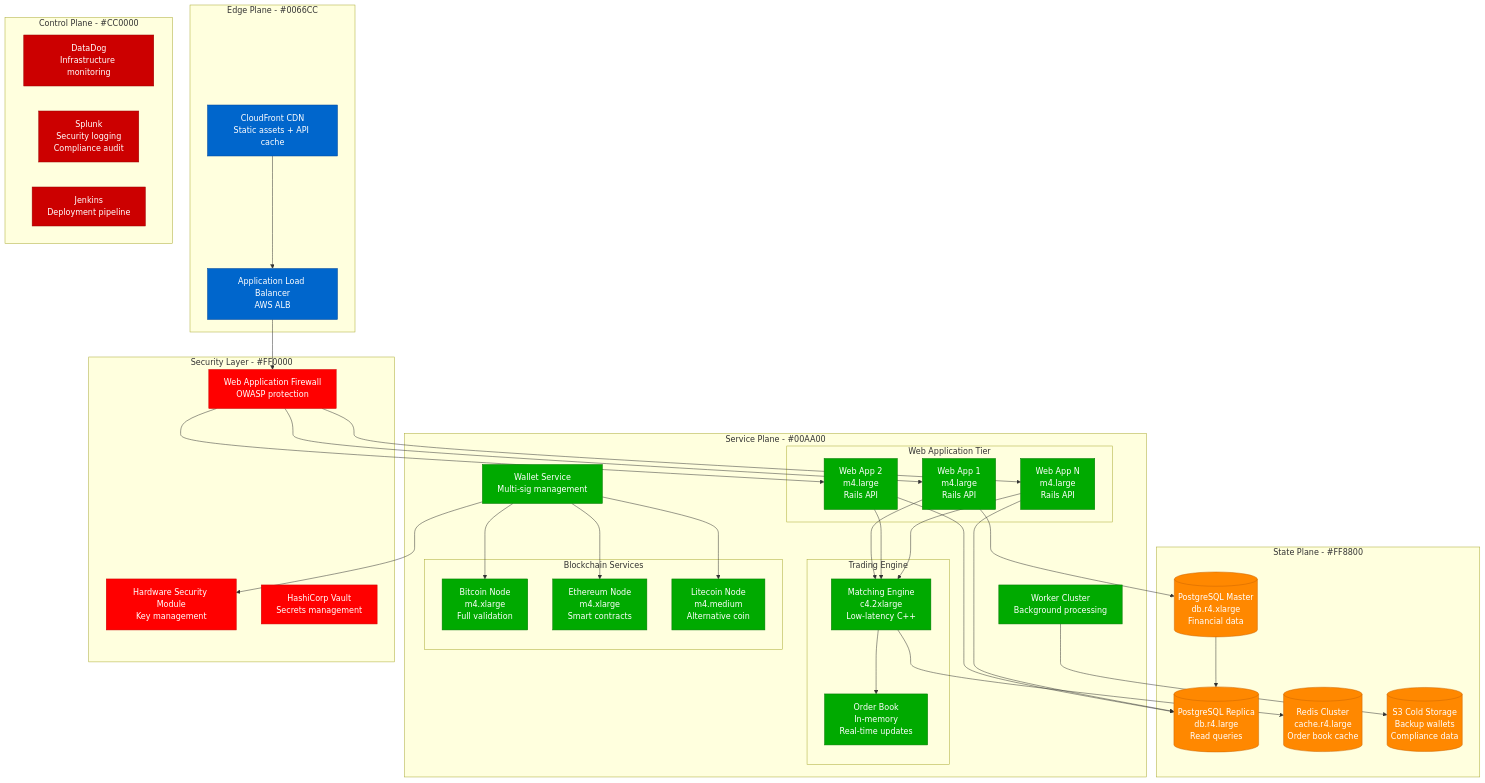
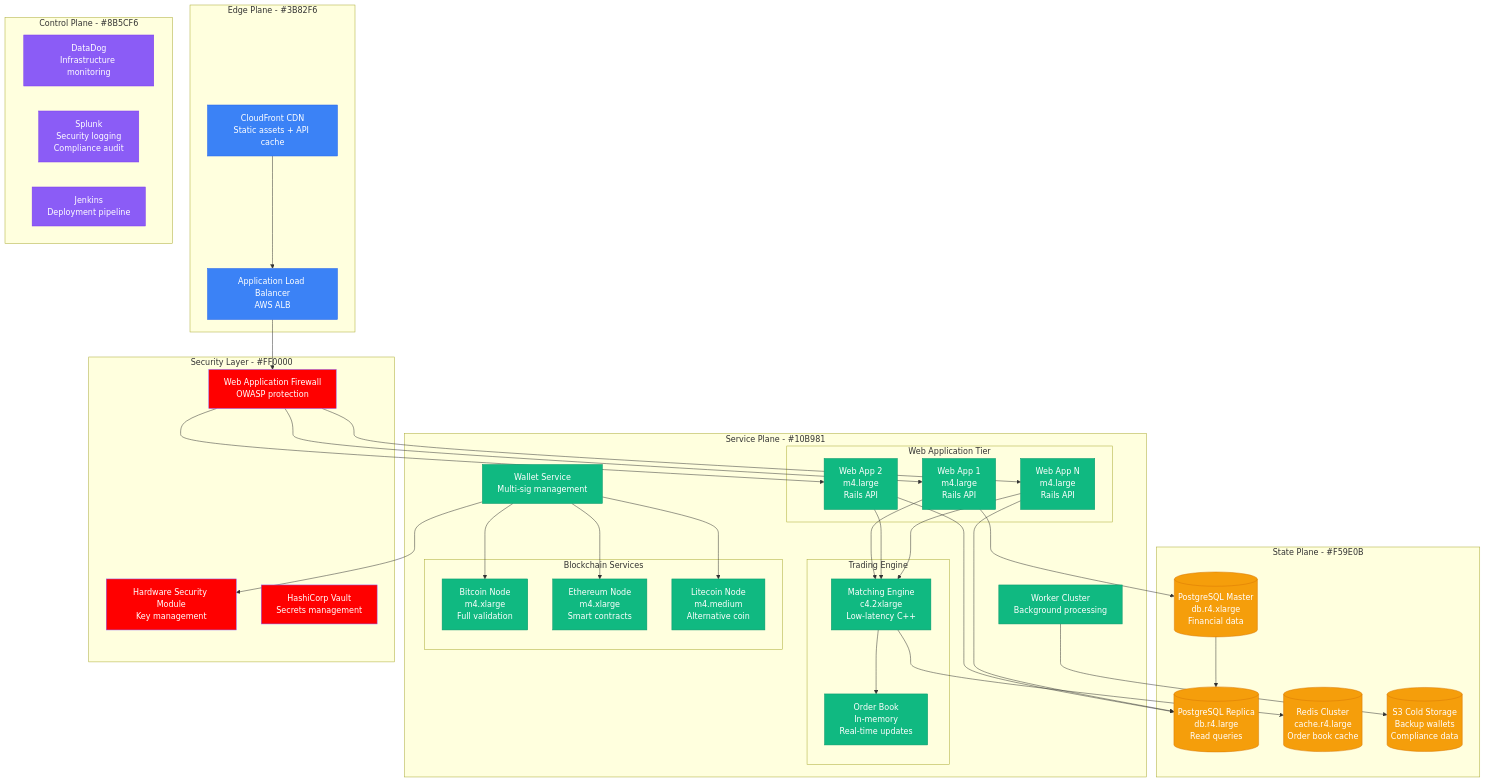
Before and after one commit to deepaucksharma/DS: the second of 3 diagrams in site/docs/scaling/coinbase-scale-evolution.md, drawn with Mermaid. The commit also changed other lines of this file and 187 other files, not shown here.

````diff
--- a/site/docs/scaling/coinbase-scale-evolution.md
+++ b/site/docs/scaling/coinbase-scale-evolution.md
@@ -104,11 +104,11 @@
 ```mermaid
 graph TB
-    subgraph EdgePlane[Edge Plane - #0066CC]
+    subgraph EdgePlane[Edge Plane - #3B82F6]
         ALB[Application Load Balancer<br/>AWS ALB]
         CLOUDFRONT[CloudFront CDN<br/>Static assets + API cache]
     end
 
-    subgraph ServicePlane[Service Plane - #00AA00]
+    subgraph ServicePlane[Service Plane - #10B981]
         subgraph WebTier[Web Application Tier]
             WEB1[Web App 1<br/>m4.large<br/>Rails API]
             WEB2[Web App 2<br/>m4.large<br/>Rails API]
@@ -130,14 +130,14 @@
         WORKER_CLUSTER[Worker Cluster<br/>Background processing]
     end
 
-    subgraph StatePlane[State Plane - #FF8800]
+    subgraph StatePlane[State Plane - #F59E0B]
         POSTGRES_M[(PostgreSQL Master<br/>db.r4.xlarge<br/>Financial data)]
         POSTGRES_R[(PostgreSQL Replica<br/>db.r4.large<br/>Read queries)]
         REDIS_CLUSTER[(Redis Cluster<br/>cache.r4.large<br/>Order book cache)]
         S3_COLD[(S3 Cold Storage<br/>Backup wallets<br/>Compliance data)]
     end
 
-    subgraph ControlPlane[Control Plane - #CC0000]
+    subgraph ControlPlane[Control Plane - #8B5CF6]
         DATADOG[DataDog<br/>Infrastructure monitoring]
         SPLUNK[Splunk<br/>Security logging<br/>Compliance audit]
         JENKINS[Jenkins<br/>Deployment pipeline]
@@ -174,11 +174,11 @@
     POSTGRES_M --> POSTGRES_R
     WORKER_CLUSTER --> S3_COLD
 
-    classDef edgeStyle fill:#0066CC,stroke:#004499,color:#fff
-    classDef serviceStyle fill:#00AA00,stroke:#007700,color:#fff
-    classDef stateStyle fill:#FF8800,stroke:#CC6600,color:#fff
-    classDef controlStyle fill:#CC0000,stroke:#990000,color:#fff
-    classDef securityStyle fill:#FF0000,stroke:#CC0000,color:#fff
+    classDef edgeStyle fill:#3B82F6,stroke:#2563EB,color:#fff
+    classDef serviceStyle fill:#10B981,stroke:#059669,color:#fff
+    classDef stateStyle fill:#F59E0B,stroke:#D97706,color:#fff
+    classDef controlStyle fill:#8B5CF6,stroke:#7C3AED,color:#fff
+    classDef securityStyle fill:#FF0000,stroke:#8B5CF6,color:#fff
 
     class ALB,CLOUDFRONT edgeStyle
     class WEB1,WEB2,WEB3,MATCHING,ORDER_BOOK,BTC_NODE,ETH_NODE,LTC_NODE,WALLET_SVC,WORKER_CLUSTER serviceStyle
````
